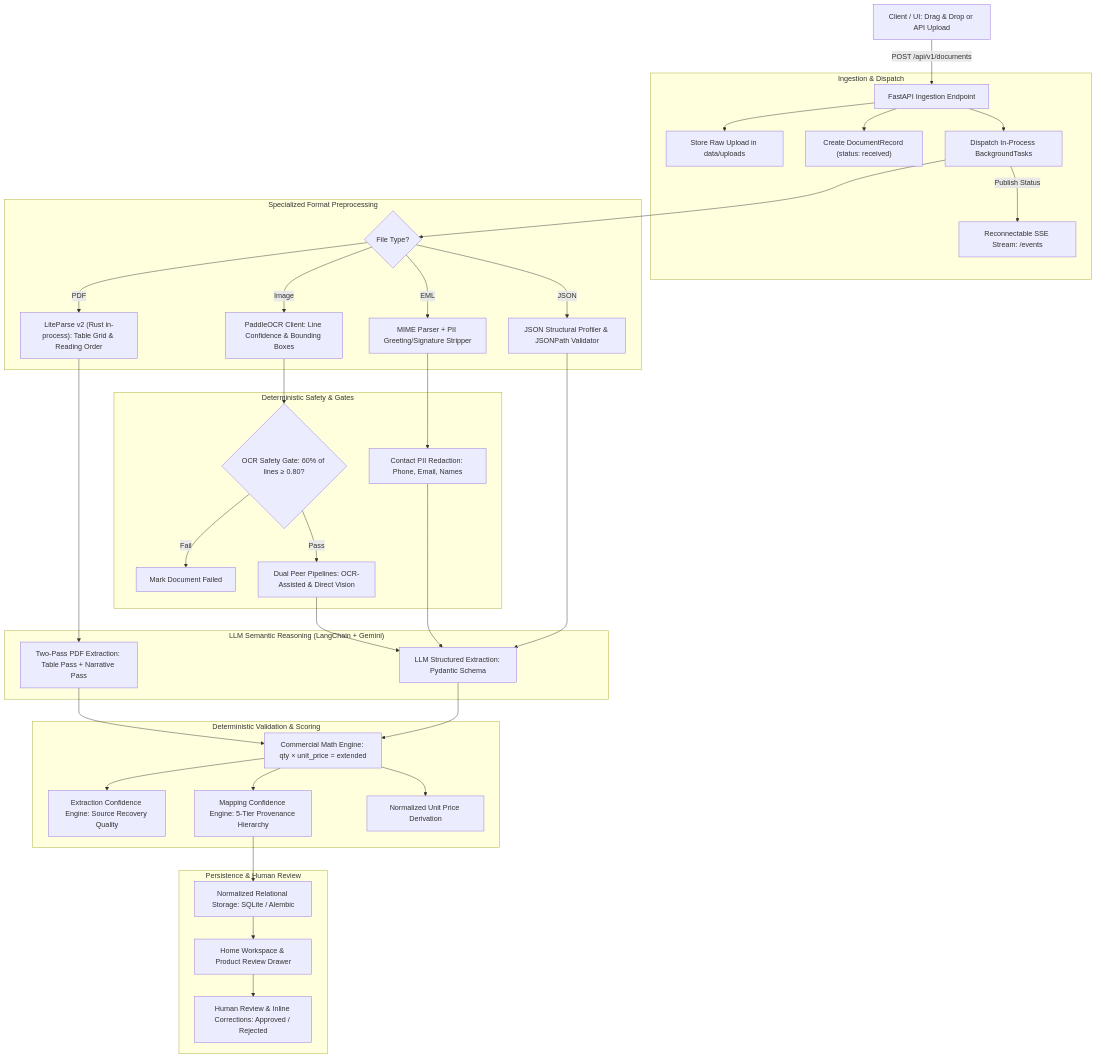
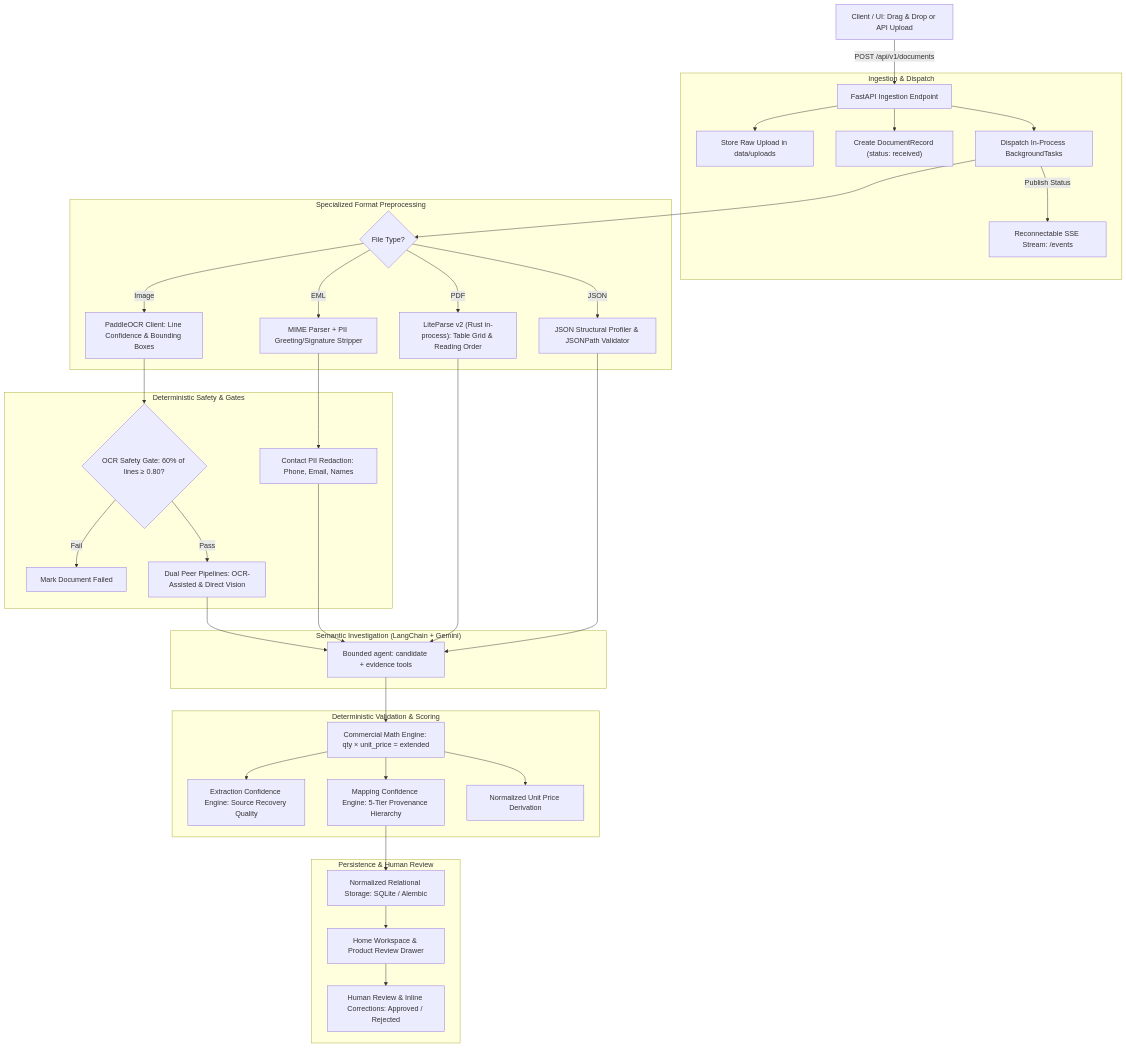
The first of 4 diagrams in docs/system/system-architecture-deep-dive.md (DreKwasi/axmed_document_ingestion), drawn with Mermaid before and after one commit. The commit also changed other lines of this file and 3 other files, not shown here.

Commit message:
docs(system): update architecture, evaluations and test catalog for agent

````diff
--- a/docs/system/system-architecture-deep-dive.md
+++ b/docs/system/system-architecture-deep-dive.md
@@ -86,47 +87,46 @@
 ```mermaid
 flowchart TD
     A["Client / UI: Drag & Drop or API Upload"] -->|POST /api/v1/documents| B["FastAPI Ingestion Endpoint"]
     
     subgraph Ingestion ["Ingestion & Dispatch"]
         B --> C["Store Raw Upload in data/uploads"]
         B --> D["Create DocumentRecord (status: received)"]
         B --> E["Dispatch In-Process BackgroundTasks"]
         E -->|Publish Status| F["Reconnectable SSE Stream: /events"]
     end
 
     subgraph Preprocessing ["Specialized Format Preprocessing"]
         E --> G{"File Type?"}
         G -->|JSON| H["JSON Structural Profiler & JSONPath Validator"]
         G -->|PDF| I["LiteParse v2 (Rust in-process): Table Grid & Reading Order"]
         G -->|EML| J["MIME Parser + PII Greeting/Signature Stripper"]
         G -->|Image| K["PaddleOCR Client: Line Confidence & Bounding Boxes"]
     end
 
     subgraph Safety ["Deterministic Safety & Gates"]
         K --> L{"OCR Safety Gate: 60% of lines &ge; 0.80?"}
         L -->|Fail| M["Mark Document Failed"]
         L -->|Pass| N["Dual Peer Pipelines: OCR-Assisted & Direct Vision"]
         J --> O["Contact PII Redaction: Phone, Email, Names"]
     end
 
-    subgraph LLM ["LLM Semantic Reasoning (LangChain + Gemini)"]
-        H --> P["LLM Structured Extraction: Pydantic Schema"]
-        I --> Q["Two-Pass PDF Extraction: Table Pass + Narrative Pass"]
+    subgraph LLM ["Semantic Investigation (LangChain + Gemini)"]
+        H --> P["Bounded agent: candidate + evidence tools"]
+        I --> P
         O --> P
         N --> P
     end
 
     subgraph Validation ["Deterministic Validation & Scoring"]
         P --> R["Commercial Math Engine: qty &times; unit_price = extended"]
-        Q --> R
         R --> S["Extraction Confidence Engine: Source Recovery Quality"]
         R --> T["Mapping Confidence Engine: 5-Tier Provenance Hierarchy"]
         R --> U["Normalized Unit Price Derivation"]
     end
 
     subgraph Persistence ["Persistence & Human Review"]
         T --> V["Normalized Relational Storage: SQLite / Alembic"]
         V --> W["Home Workspace & Product Review Drawer"]
         W --> X["Human Review & Inline Corrections: Approved / Rejected"]
     end
 ```
````
